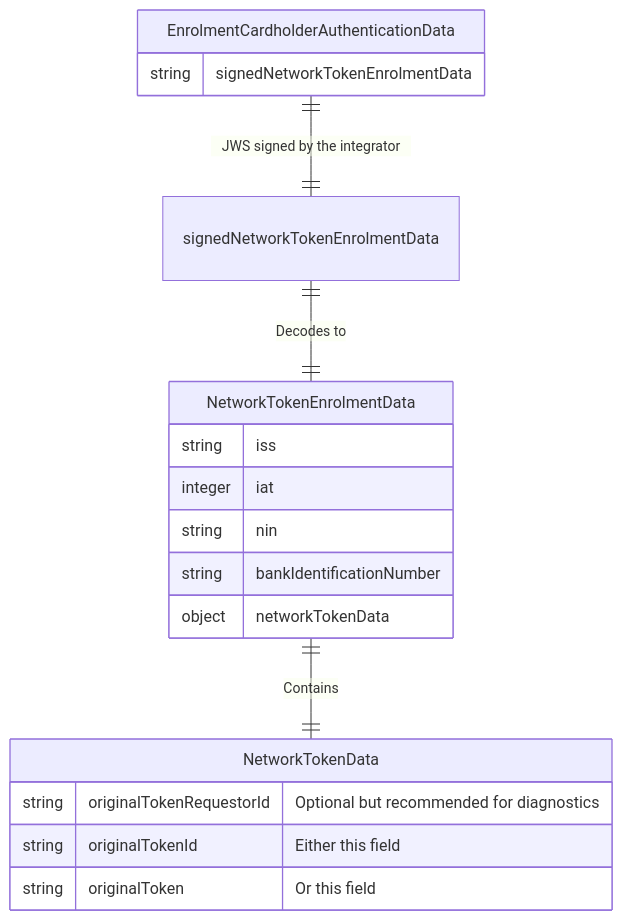
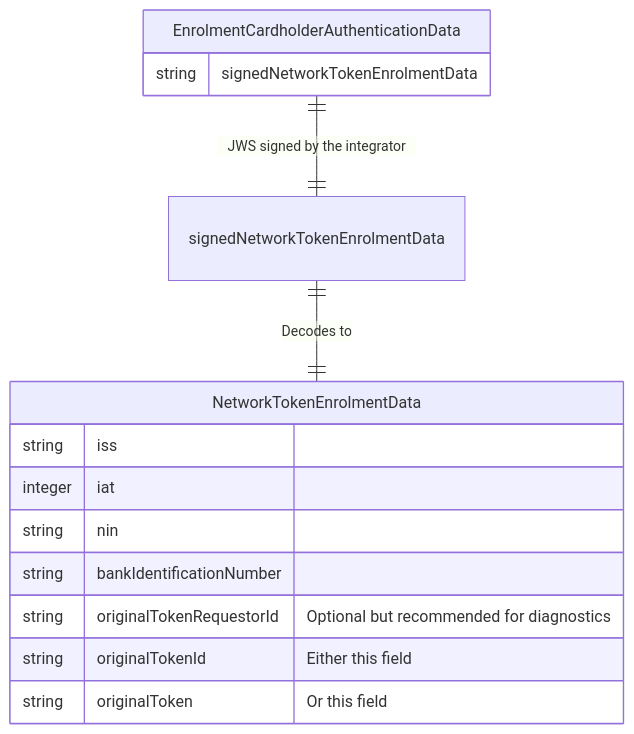
Before and after one commit to BankAxept/bankaxept-epayment-development-kit: the fifth of 8 diagrams in docs/authentication_interoperability.md, drawn with Mermaid. The commit also changed other lines of this file and 2 other files, not shown here.

Commit message:
feat(enrolment): revise network token flow

````diff
--- a/docs/authentication_interoperability.md
+++ b/docs/authentication_interoperability.md
@@ -214,21 +214,17 @@
 ```mermaid
 erDiagram
     EnrolmentCardholderAuthenticationData ||--|| signedNetworkTokenEnrolmentData: "JWS signed by the integrator"
     signedNetworkTokenEnrolmentData ||--|| NetworkTokenEnrolmentData: "Decodes to"
-    NetworkTokenEnrolmentData ||--|| NetworkTokenData: "Contains"
     EnrolmentCardholderAuthenticationData {
         string signedNetworkTokenEnrolmentData
     }
     NetworkTokenEnrolmentData {
         string iss
         integer iat
         string nin
         string bankIdentificationNumber
-        object networkTokenData
-    }
-    NetworkTokenData {
         string originalTokenRequestorId "Optional but recommended for diagnostics"
         string originalTokenId "Either this field"
         string originalToken "Or this field"
     }
 ```
````
